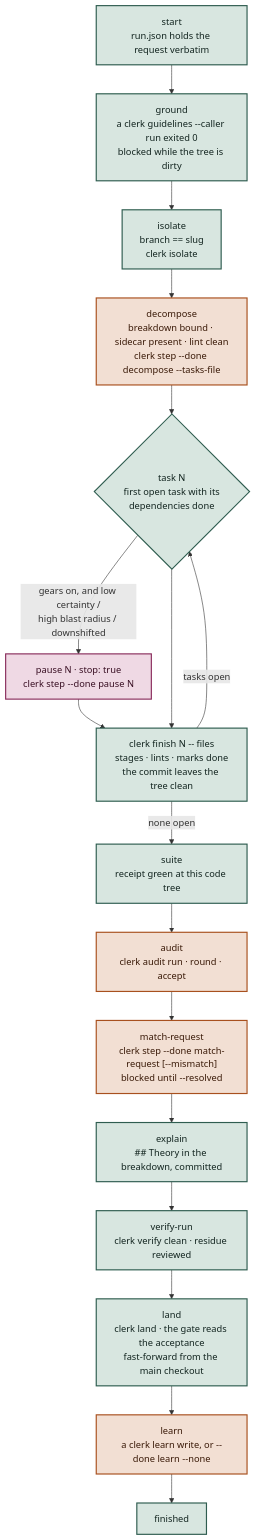
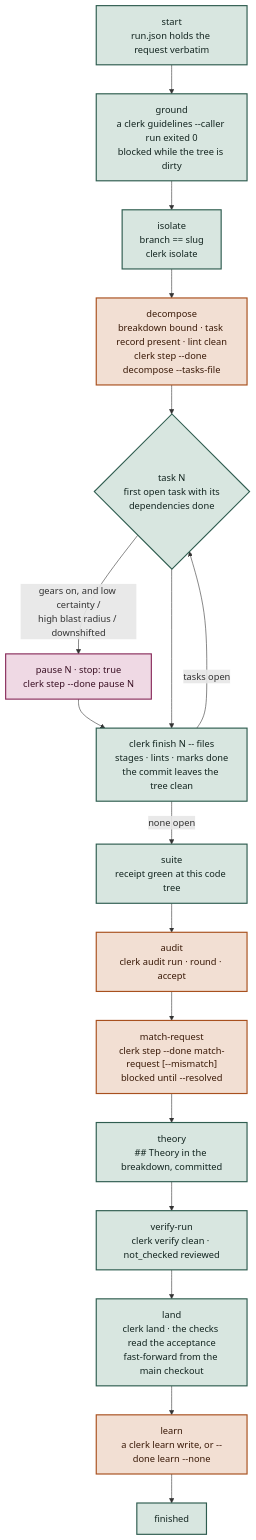
One commit to hpcsc/dotfiles changed the second of 5 diagrams in link/common/dot-config/.config/ai/method/README.md. Above: the diagram before and after it, drawn with Mermaid. The commit also changed other lines of this file and 100 other files, not shown here.

````diff
--- a/link/common/dot-config/.config/ai/method/README.md
+++ b/link/common/dot-config/.config/ai/method/README.md
@@ -118,25 +118,25 @@
 ```mermaid
 flowchart TD
   START["start<br/>run.json holds the request verbatim"] --> GROUND
   GROUND["ground<br/>a clerk guidelines --caller run exited 0<br/>blocked while the tree is dirty"] --> ISOLATE
   ISOLATE["isolate<br/>branch == slug<br/>clerk isolate"] --> PLAN
-  PLAN["decompose<br/>breakdown bound · sidecar present · lint clean<br/>clerk step --done decompose --tasks-file"] --> TASK
+  PLAN["decompose<br/>breakdown bound · task record present · lint clean<br/>clerk step --done decompose --tasks-file"] --> TASK
   TASK{"task N<br/>first open task with its<br/>dependencies done"} -->|"gears on, and low certainty /<br/>high blast radius / downshifted"| TESTS
   TESTS["pause N · stop: true<br/>clerk step --done pause N"] --> BUILD
   TASK --> BUILD["clerk finish N -- files<br/>stages · lints · marks done<br/>the commit leaves the tree clean"]
   BUILD -->|"tasks open"| TASK
   BUILD -->|"none open"| SUITE
   SUITE["suite<br/>receipt green at this code tree"] --> AUDIT
   AUDIT["audit<br/>clerk audit run · round · accept"] --> VALIDATE
   VALIDATE["match-request<br/>clerk step --done match-request [--mismatch]<br/>blocked until --resolved"] --> THEORY
-  THEORY["explain<br/>## Theory in the breakdown, committed"] --> VERIFY
-  VERIFY["verify-run<br/>clerk verify clean · residue reviewed"] --> LAND
-  LAND["land<br/>clerk land · the gate reads the acceptance<br/>fast-forward from the main checkout"] --> LEARN
+  THEORY["theory<br/>## Theory in the breakdown, committed"] --> VERIFY
+  VERIFY["verify-run<br/>clerk verify clean · not_checked reviewed"] --> LAND
+  LAND["land<br/>clerk land · the checks read the acceptance<br/>fast-forward from the main checkout"] --> LEARN
   LEARN["learn<br/>a clerk learn write, or --done learn --none"] --> FIN["finished"]
   classDef derived fill:#D8E6E0,stroke:#2F5D50,stroke-width:2px,color:#132520
   classDef asserted fill:#F2DFD3,stroke:#A8501E,stroke-width:2px,color:#3A1A08
-  classDef gate fill:#EFD9E4,stroke:#8A2E5D,stroke-width:2px,color:#3A1024
+  classDef checked fill:#EFD9E4,stroke:#8A2E5D,stroke-width:2px,color:#3A1024
   class START,GROUND,ISOLATE,TASK,BUILD,SUITE,THEORY,VERIFY,LAND,FIN derived
   class PLAN,AUDIT,VALIDATE,LEARN asserted
-  class TESTS gate
+  class TESTS checked
 ```
````
